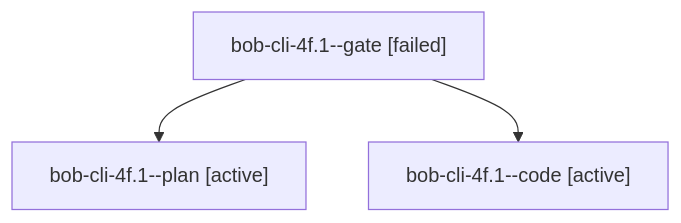
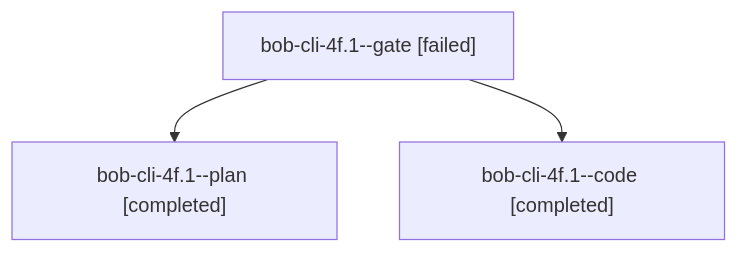
The diagram in sessions/bbugyi200.apollo.bob-cli-4f.1.md (bobs-org/bob-cli--agents), drawn with Mermaid before and after one commit. The commit also changed other lines of this file and 38 other files, not shown here.

````diff
--- a/sessions/bbugyi200.apollo.bob-cli-4f.1.md
+++ b/sessions/bbugyi200.apollo.bob-cli-4f.1.md
@@ -9,8 +9,8 @@
 ```mermaid
 flowchart TD
   n0["bob-cli-4f.1--gate [failed]"]
-  n1["bob-cli-4f.1--plan [active]"]
+  n1["bob-cli-4f.1--plan [completed]"]
   n0 --> n1
-  n2["bob-cli-4f.1--code [active]"]
+  n2["bob-cli-4f.1--code [completed]"]
   n0 --> n2
 ```
````
